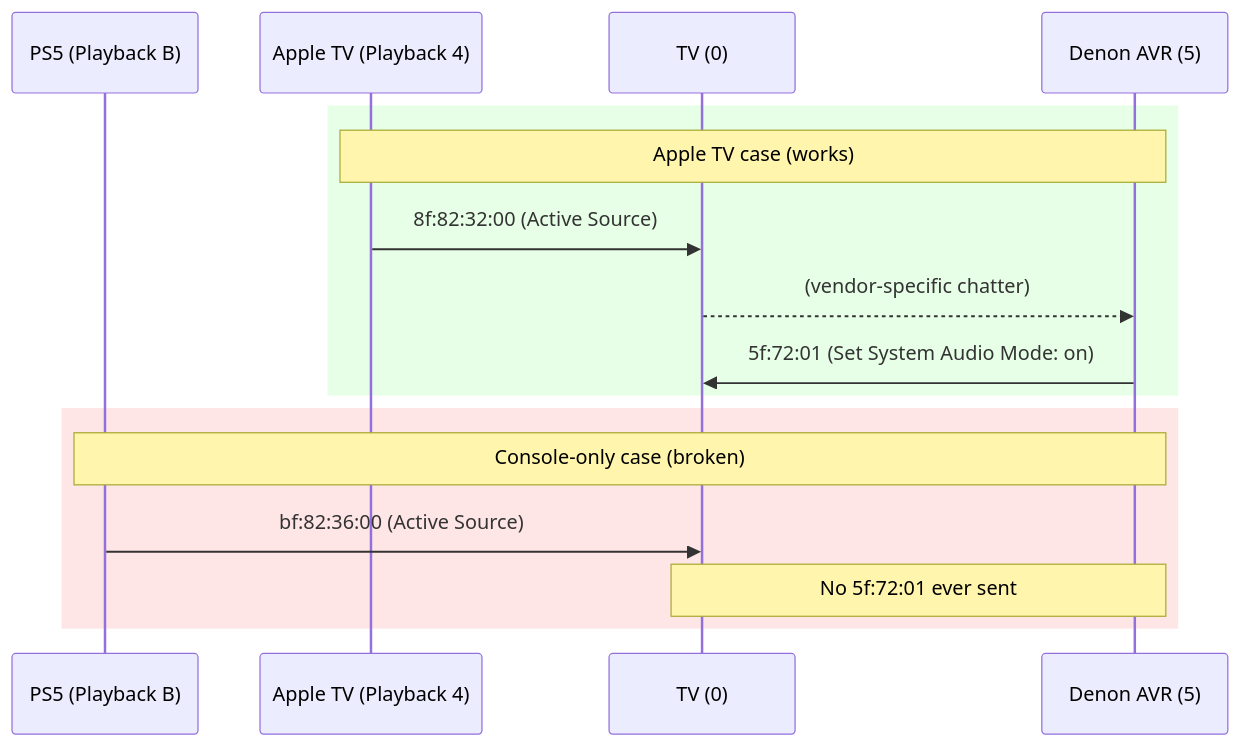
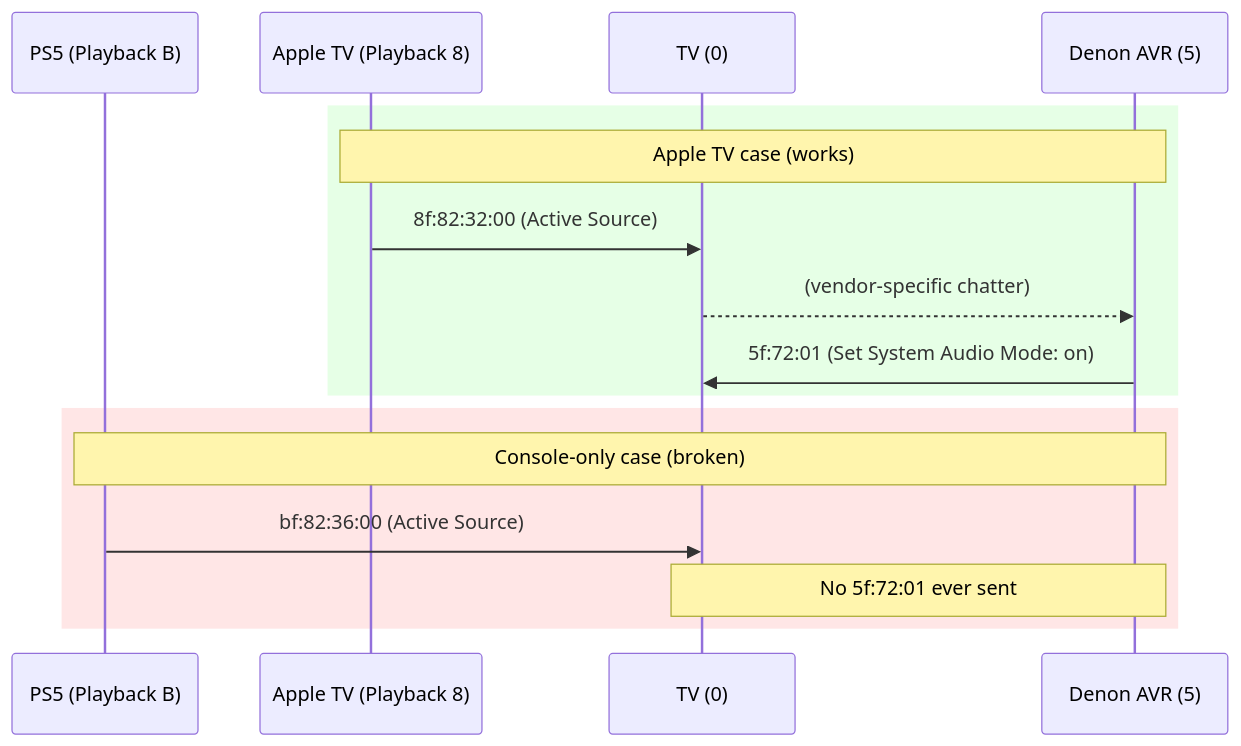
The second of 3 diagrams in content/post/hdmi-cec.md (jlian/jlian.co), drawn with Mermaid before and after one commit. The commit also changed other lines of this file and 51 other files, not shown here.

````diff
--- a/content/post/hdmi-cec.md
+++ b/content/post/hdmi-cec.md
@@ -175,20 +194,20 @@
 ```mermaid
 sequenceDiagram
   participant PS5 as PS5 (Playback B)
-  participant ATV as Apple TV (Playback 4)
+  participant ATV as Apple TV (Playback 8)
   participant TV as TV (0)
   participant AVR as Denon AVR (5)
 
   rect rgb(230,255,230)
     note over ATV,AVR: Apple TV case (works)
     ATV->>TV: 8f:82:32:00 (Active Source)
     TV-->>AVR: (vendor-specific chatter)
     AVR->>TV: 5f:72:01 (Set System Audio Mode: on)
   end
 
   rect rgb(255,230,230)
     note over PS5,AVR: Console-only case (broken)
     PS5->>TV: bf:82:36:00 (Active Source)
     note over TV,AVR: No 5f:72:01 ever sent
   end
 ```
````
